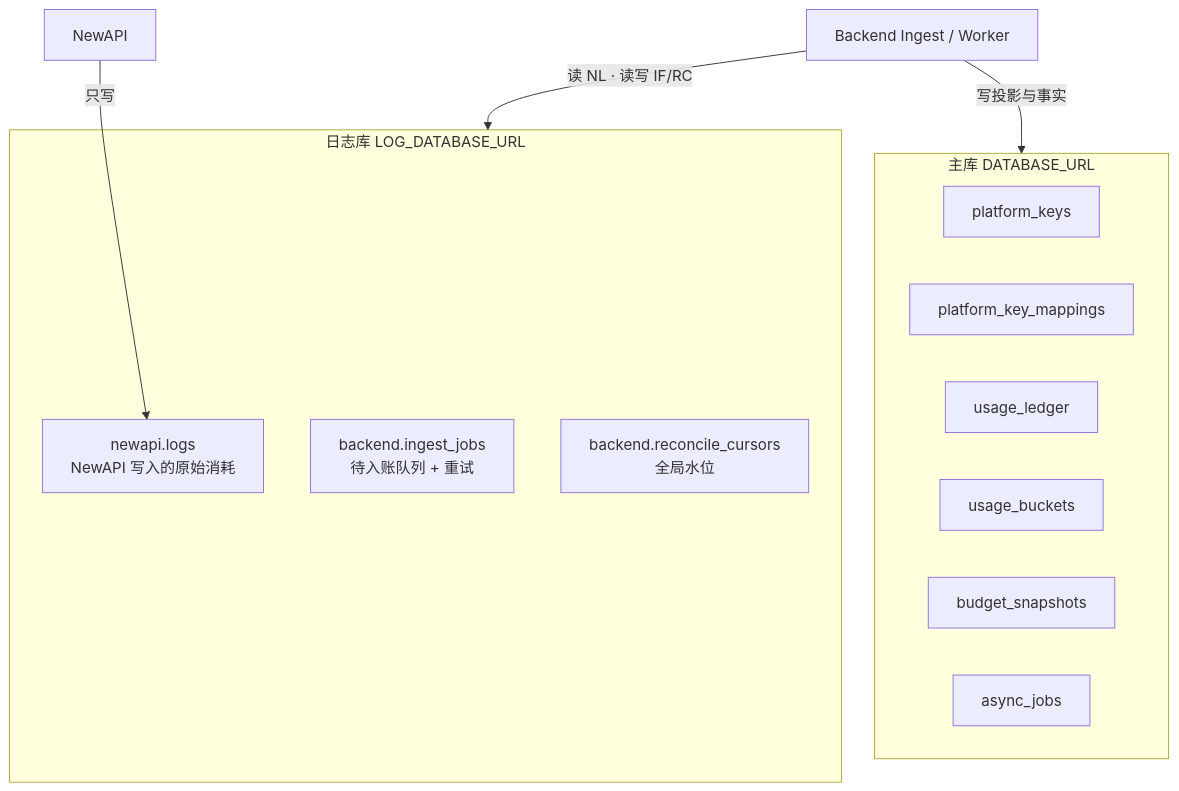
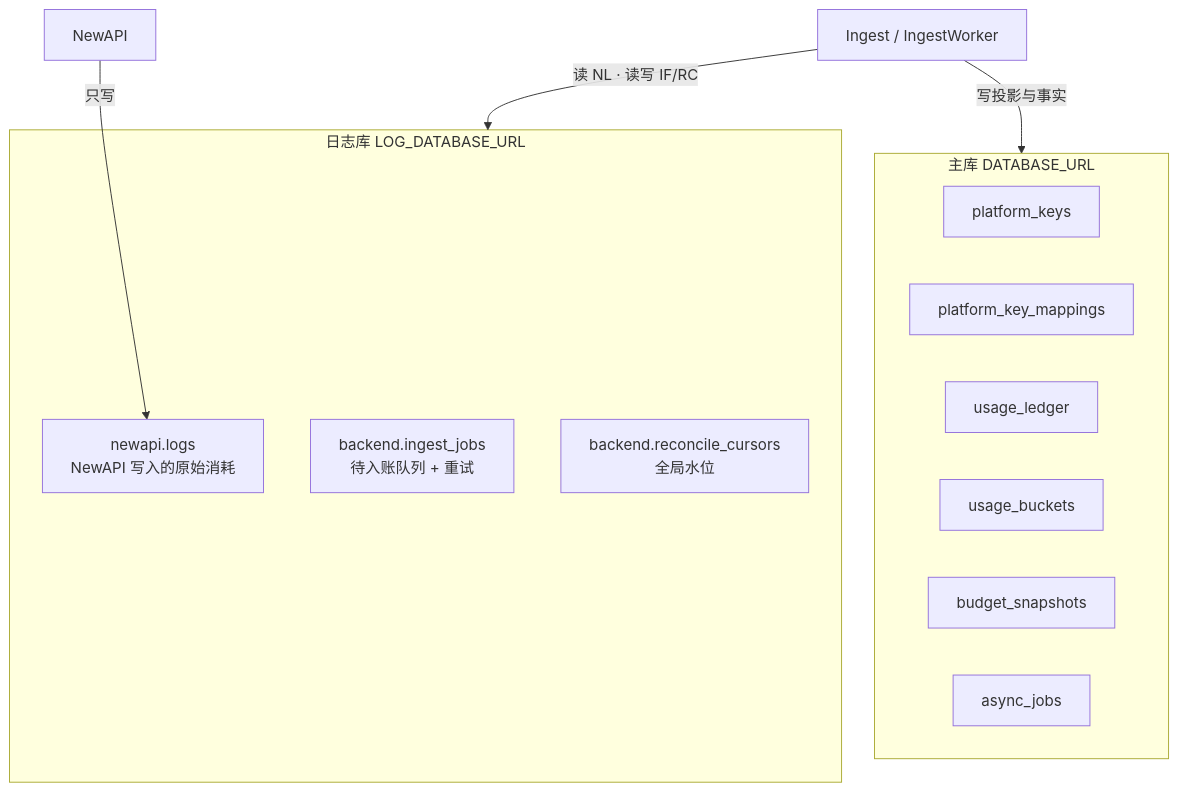
One commit to quyip8818/mytokenjoy changed the fourth of 9 diagrams in docs/Backend-Ingest架构.md. Above: the diagram before and after it, drawn with Mermaid. The commit also changed other lines of this file and 65 other files, not shown here.

````diff
--- a/docs/Backend-Ingest架构.md
+++ b/docs/Backend-Ingest架构.md
@@ -144,21 +143,21 @@
 ```mermaid
 flowchart TB
   subgraph mainDB [主库 DATABASE_URL]
     PK[platform_keys]
     RM[platform_key_mappings]
     UL[usage_ledger]
     UB[usage_buckets]
     BS[budget_snapshots]
     AJ[async_jobs]
   end
 
   subgraph logDB [日志库 LOG_DATABASE_URL]
     NL["newapi.logs<br/>NewAPI 写入的原始消耗"]
     IF["backend.ingest_jobs<br/>待入账队列 + 重试"]
     RC["backend.reconcile_cursors<br/>全局水位"]
   end
 
   NA[NewAPI] -->|只写| NL
-  BE[Backend Ingest / Worker] -->|读 NL · 读写 IF/RC| logDB
+  BE[Ingest / IngestWorker] -->|读 NL · 读写 IF/RC| logDB
   BE -->|写投影与事实| mainDB
 ```
````
